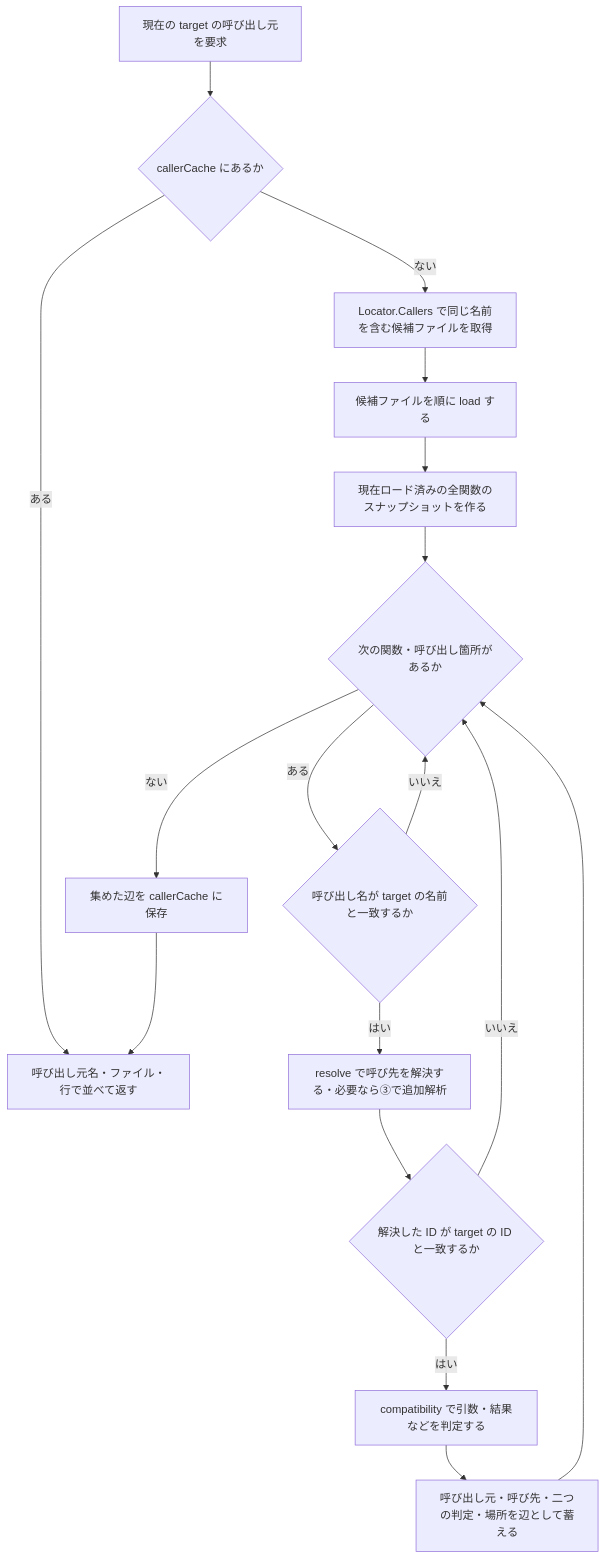
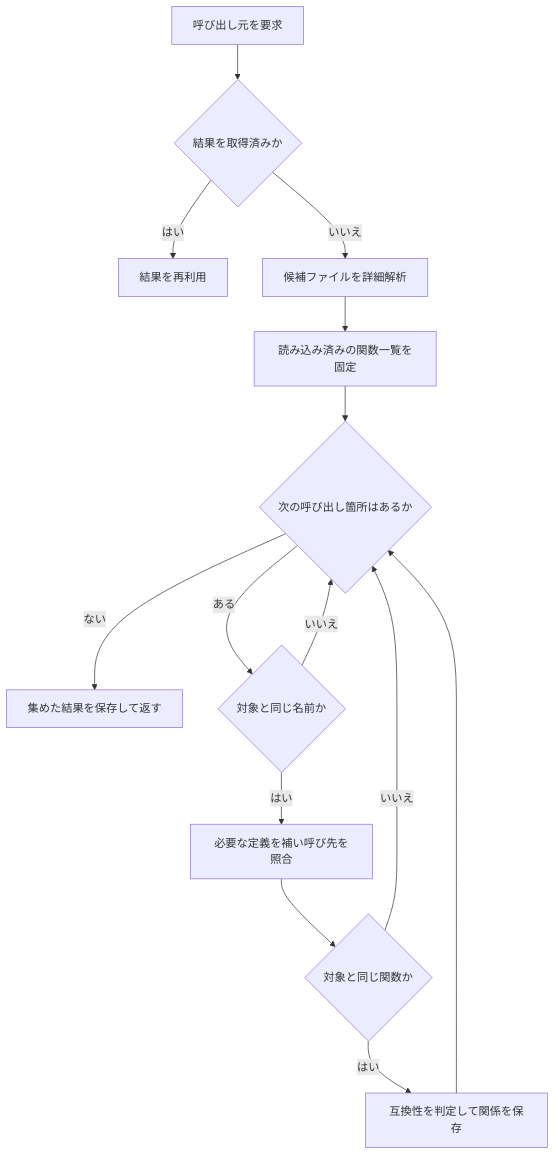
One commit to meian/rev-callgraph changed the second of 3 diagrams in docs/how-it-works.md. Above: the diagram before and after it, drawn with Mermaid. The commit also changed other lines of this file and 2 other files, not shown here.

````diff
--- a/docs/how-it-works.md
+++ b/docs/how-it-works.md
@@ -86,19 +80,16 @@
 ```mermaid
 flowchart TD
-    Start[現在の target の呼び出し元を要求] --> Cache{callerCache にあるか}
-    Cache -->|ある| Sort[呼び出し元名・ファイル・行で並べて返す]
-    Cache -->|ない| Candidates[Locator.Callers で同じ名前を含む候補ファイルを取得]
-    Candidates --> Load[候補ファイルを順に load する]
-    Load --> Snapshot[現在ロード済みの全関数のスナップショットを作る]
-    Snapshot --> Next{次の関数・呼び出し箇所があるか}
-    Next -->|ない| Save[集めた辺を callerCache に保存]
-    Save --> Sort
-    Next -->|ある| Name{呼び出し名が target の名前と一致するか}
+    Start[呼び出し元を要求] --> Cache{結果を取得済みか}
+    Cache -->|はい| Return[結果を再利用]
+    Cache -->|いいえ| Load[候補ファイルを詳細解析]
+    Load --> Calls[読み込み済みの関数一覧を固定]
+    Calls --> Next{次の呼び出し箇所はあるか}
+    Next -->|ない| Save[集めた結果を保存して返す]
+    Next -->|ある| Name{対象と同じ名前か}
     Name -->|いいえ| Next
-    Name -->|はい| Resolve[resolve で呼び先を解決する・必要なら③で追加解析]
-    Resolve --> ID{解決した ID が target の ID と一致するか}
-    ID -->|いいえ| Next
-    ID -->|はい| Comp[compatibility で引数・結果などを判定する]
-    Comp --> Edge[呼び出し元・呼び先・二つの判定・場所を辺として蓄える]
-    Edge --> Next
+    Name -->|はい| Resolve[必要な定義を補い呼び先を照合]
+    Resolve --> Match{対象と同じ関数か}
+    Match -->|いいえ| Next
+    Match -->|はい| Judge[互換性を判定して関係を保存]
+    Judge --> Next
 ```
````
